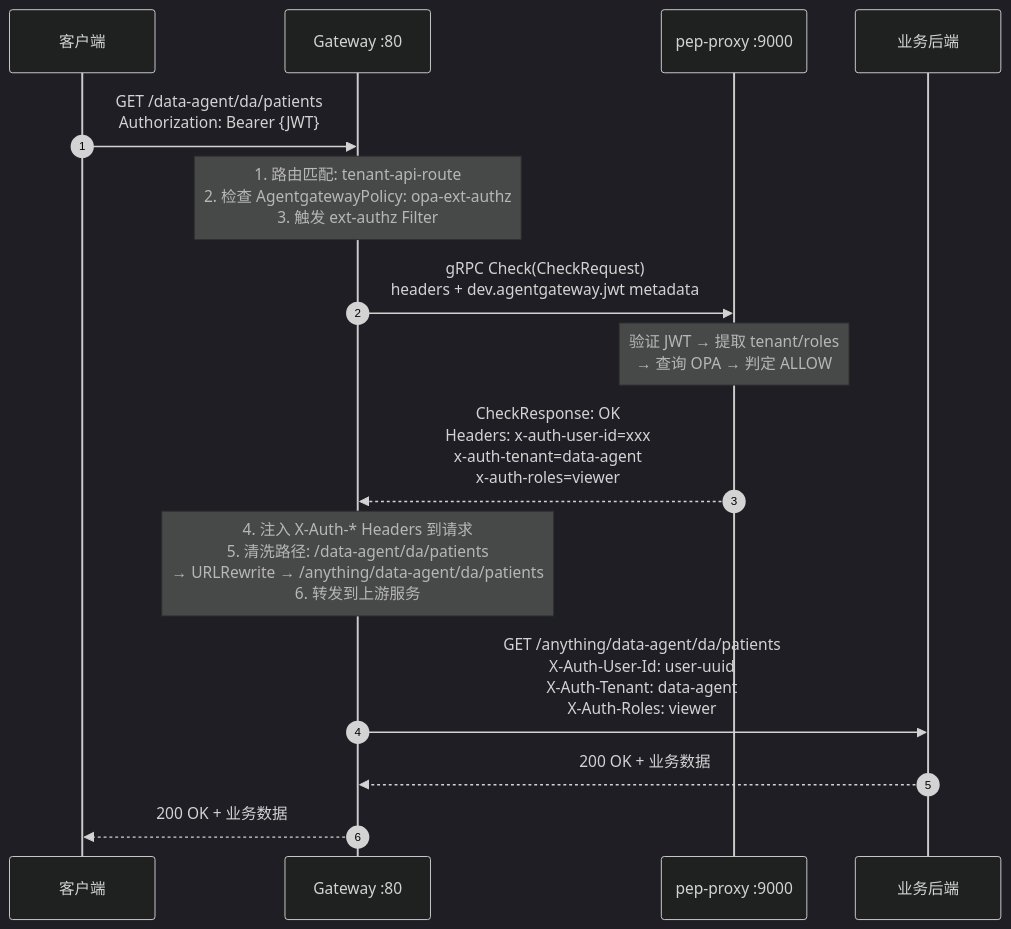
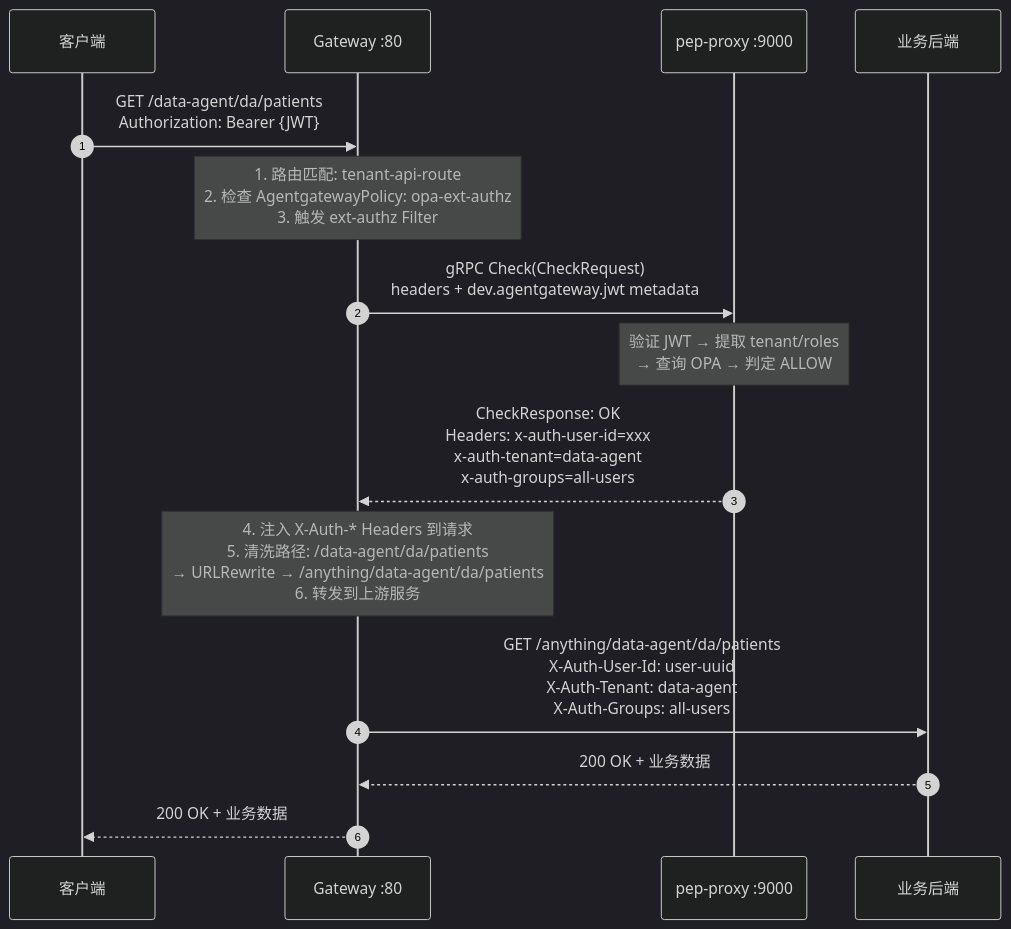
Before and after one commit to xiewanchao/aidp-iam: diagram 13 of 16 in da-cluster/docs/design-specification.md, drawn with Mermaid (dark theme). The commit also changed other lines of this file and 13 other files, not shown here.

````diff
--- a/da-cluster/docs/design-specification.md
+++ b/da-cluster/docs/design-specification.md
@@ -726,25 +757,25 @@
 ```mermaid
 sequenceDiagram
     autonumber
     participant Client as 客户端
     participant GW as Gateway :80
     participant PEP as pep-proxy :9000
     participant APP as 业务后端
 
     Client->>GW: GET /data-agent/da/patients<br/>Authorization: Bearer {JWT}
 
     Note over GW: 1. 路由匹配: tenant-api-route<br/>2. 检查 AgentgatewayPolicy: opa-ext-authz<br/>3. 触发 ext-authz Filter
 
     GW->>PEP: gRPC Check(CheckRequest)<br/>headers + dev.agentgateway.jwt metadata
 
     Note over PEP: 验证 JWT → 提取 tenant/roles<br/>→ 查询 OPA → 判定 ALLOW
 
-    PEP-->>GW: CheckResponse: OK<br/>Headers: x-auth-user-id=xxx<br/>x-auth-tenant=data-agent<br/>x-auth-roles=viewer
+    PEP-->>GW: CheckResponse: OK<br/>Headers: x-auth-user-id=xxx<br/>x-auth-tenant=data-agent<br/>x-auth-groups=all-users
 
     Note over GW: 4. 注入 X-Auth-* Headers 到请求<br/>5. 清洗路径: /data-agent/da/patients<br/>   → URLRewrite → /anything/data-agent/da/patients<br/>6. 转发到上游服务
 
-    GW->>APP: GET /anything/data-agent/da/patients<br/>X-Auth-User-Id: user-uuid<br/>X-Auth-Tenant: data-agent<br/>X-Auth-Roles: viewer
+    GW->>APP: GET /anything/data-agent/da/patients<br/>X-Auth-User-Id: user-uuid<br/>X-Auth-Tenant: data-agent<br/>X-Auth-Groups: all-users
 
     APP-->>GW: 200 OK + 业务数据
     GW-->>Client: 200 OK + 业务数据
 ```
````
